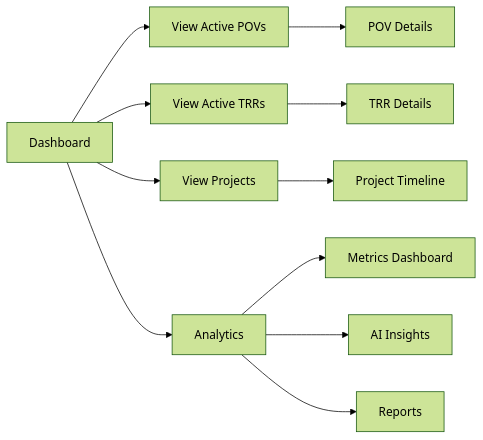
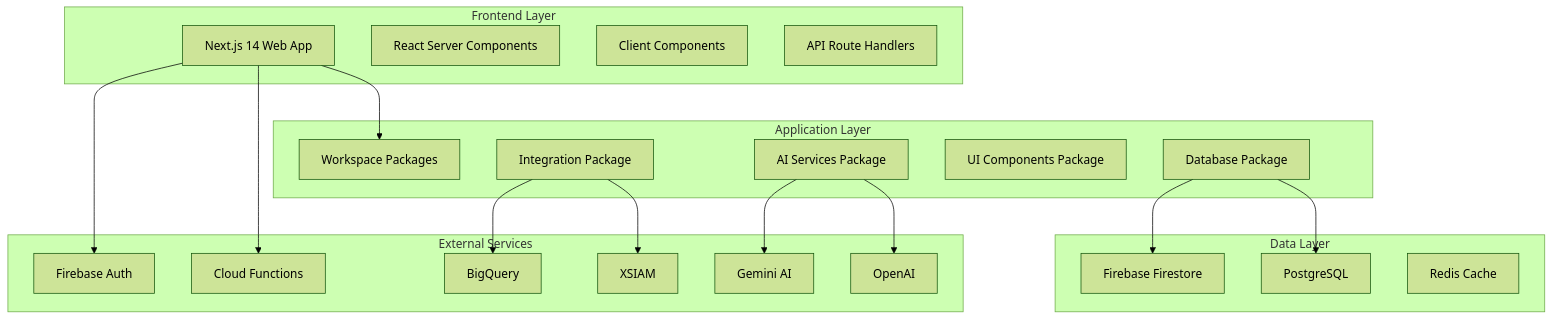
Before and after one commit to hankthebldr/cortex-dc-web: the first of 3 diagrams in README.md, drawn with Mermaid (forest theme). The commit also changed other lines of this file, not shown here.

````diff
--- a/README.md
+++ b/README.md
@@ -508,13 +104,42 @@
 ```mermaid
-graph LR
-    A[Dashboard] --> B[View Active POVs]
-    A --> C[View Active TRRs]
-    A --> D[View Projects]
-    A --> E[Analytics]
-    B --> F[POV Details]
-    C --> G[TRR Details]
-    D --> H[Project Timeline]
-    E --> I[Metrics Dashboard]
-    E --> J[AI Insights]
-    E --> K[Reports]
+graph TB
+    subgraph "Frontend Layer"
+        A[Next.js 14 Web App]
+        A1[React Server Components]
+        A2[Client Components]
+        A3[API Route Handlers]
+    end
+
+    subgraph "Application Layer"
+        B[Workspace Packages]
+        B1[Database Package]
+        B2[AI Services Package]
+        B3[UI Components Package]
+        B4[Integration Package]
+    end
+
+    subgraph "Data Layer"
+        C[Firebase Firestore]
+        C1[PostgreSQL]
+        C2[Redis Cache]
+    end
+
+    subgraph "External Services"
+        D[Firebase Auth]
+        E[Cloud Functions]
+        F[BigQuery]
+        G[XSIAM]
+        H[Gemini AI]
+        I[OpenAI]
+    end
+
+    A --> B
+    B1 --> C
+    B1 --> C1
+    B2 --> H
+    B2 --> I
+    B4 --> F
+    B4 --> G
+    A --> D
+    A --> E
 ```
````
